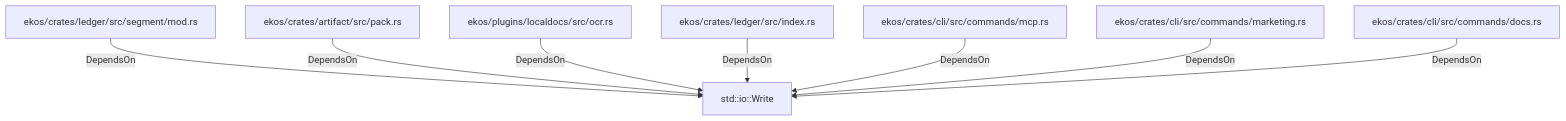
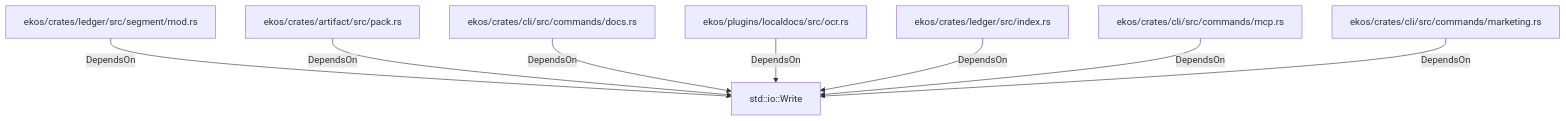
One commit to alexeyban/EKOS changed the diagram in doc/entities/rustmodule/st/std-io-write.md. Above: the diagram before and after it, drawn with Mermaid. The commit also changed other lines of this file and 552 other files, not shown here.

````diff
--- a/doc/entities/rustmodule/st/std-io-write.md
+++ b/doc/entities/rustmodule/st/std-io-write.md
@@ -21,18 +21,18 @@
 ```mermaid
 graph TD
     n0a1e3b715cb05dba9eacf821ed97970c["std::io::Write"]
     n80a64e0ab0ac51dfb3be128cddd1cc83["ekos/crates/ledger/src/segment/mod.rs"]
     n80a64e0ab0ac51dfb3be128cddd1cc83 -->|DependsOn| n0a1e3b715cb05dba9eacf821ed97970c
     n98cd7507d9e759e3acfbc7ffb05d9f73["ekos/crates/artifact/src/pack.rs"]
     n98cd7507d9e759e3acfbc7ffb05d9f73 -->|DependsOn| n0a1e3b715cb05dba9eacf821ed97970c
+    n5503d15b112f541f81898be05a060beb["ekos/crates/cli/src/commands/docs.rs"]
+    n5503d15b112f541f81898be05a060beb -->|DependsOn| n0a1e3b715cb05dba9eacf821ed97970c
     n815f45c0f388521392012c6958a02eba["ekos/plugins/localdocs/src/ocr.rs"]
     n815f45c0f388521392012c6958a02eba -->|DependsOn| n0a1e3b715cb05dba9eacf821ed97970c
     na43fa3872cac5166bfc2ae4c965fc2ac["ekos/crates/ledger/src/index.rs"]
     na43fa3872cac5166bfc2ae4c965fc2ac -->|DependsOn| n0a1e3b715cb05dba9eacf821ed97970c
     nff76bb7392855295927c5cb33a5bbc25["ekos/crates/cli/src/commands/mcp.rs"]
     nff76bb7392855295927c5cb33a5bbc25 -->|DependsOn| n0a1e3b715cb05dba9eacf821ed97970c
     ne4550c2d5dcf5779b25dac86e4019342["ekos/crates/cli/src/commands/marketing.rs"]
     ne4550c2d5dcf5779b25dac86e4019342 -->|DependsOn| n0a1e3b715cb05dba9eacf821ed97970c
-    n5503d15b112f541f81898be05a060beb["ekos/crates/cli/src/commands/docs.rs"]
-    n5503d15b112f541f81898be05a060beb -->|DependsOn| n0a1e3b715cb05dba9eacf821ed97970c
 ```
````
